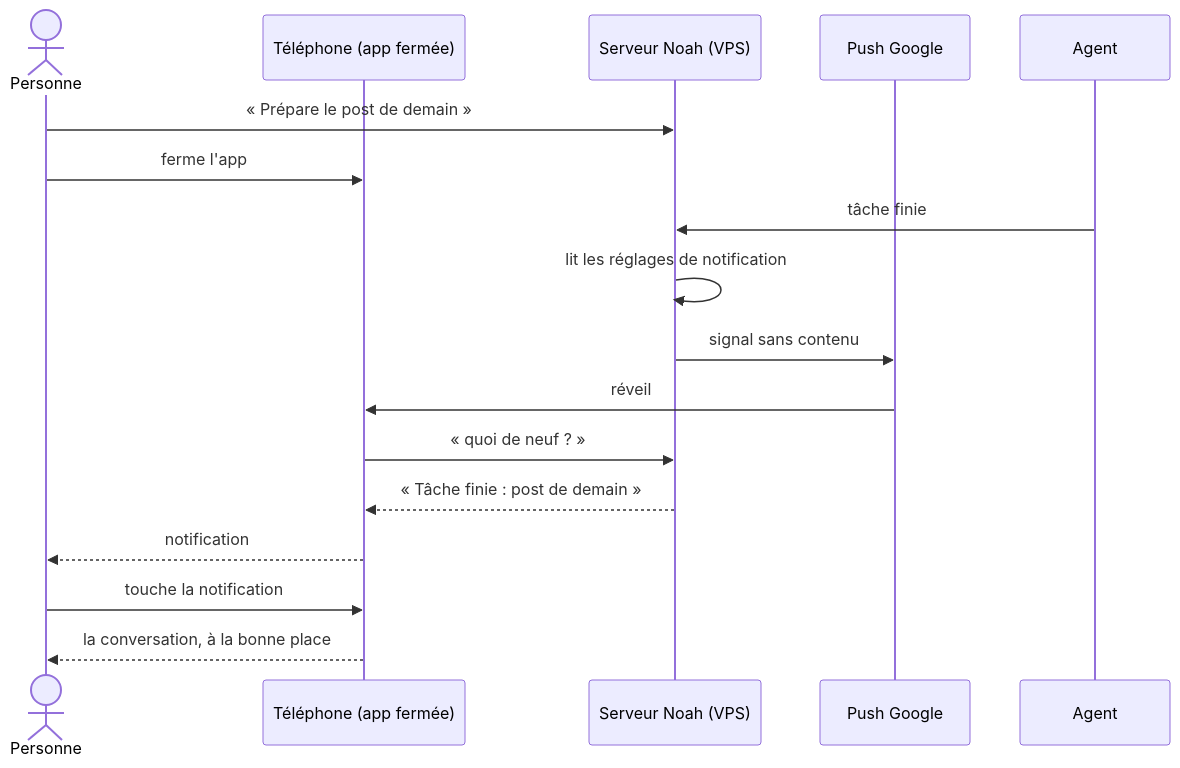
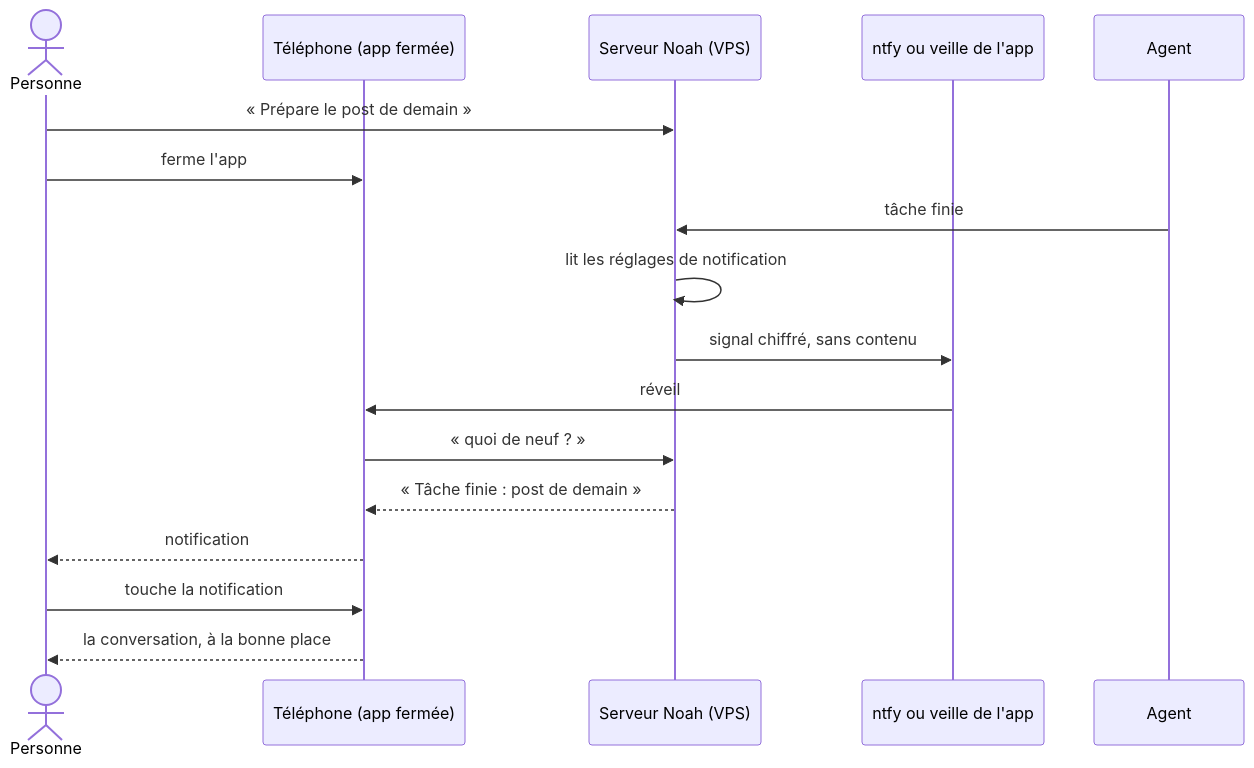
One commit to smfcoder17/noah-agent changed the first of 3 diagrams in docs/epics/0.1.6/pbi.md. Above: the diagram before and after it, drawn with Mermaid. The commit also changed other lines of this file and 63 other files, not shown here.

````diff
--- a/docs/epics/0.1.6/pbi.md
+++ b/docs/epics/0.1.6/pbi.md
@@ -77,19 +168,19 @@
 ```mermaid
 sequenceDiagram
     actor Personne
     participant Telephone as Téléphone (app fermée)
     participant Serveur as Serveur Noah (VPS)
-    participant Google as Push Google
+    participant Push as ntfy ou veille de l'app
     participant Agent
     Personne->>Serveur: « Prépare le post de demain »
     Personne->>Telephone: ferme l'app
     Agent->>Serveur: tâche finie
     Serveur->>Serveur: lit les réglages de notification
-    Serveur->>Google: signal sans contenu
-    Google->>Telephone: réveil
+    Serveur->>Push: signal chiffré, sans contenu
+    Push->>Telephone: réveil
     Telephone->>Serveur: « quoi de neuf ? »
     Serveur-->>Telephone: « Tâche finie : post de demain »
     Telephone-->>Personne: notification
     Personne->>Telephone: touche la notification
     Telephone-->>Personne: la conversation, à la bonne place
 ```
````
